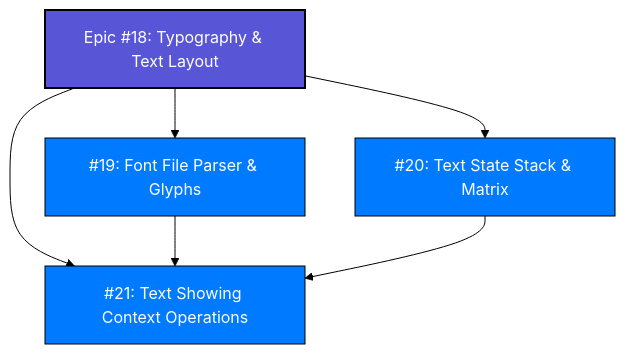
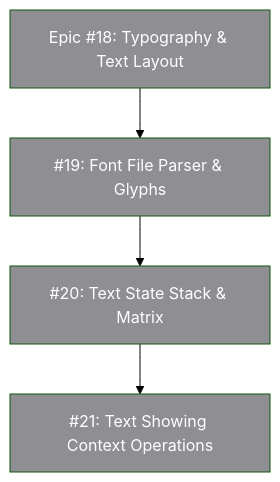
One commit to SlayerMotion/PureDraw changed the fifth of 6 diagrams in README.md. Above: the diagram before and after it, drawn with Mermaid (forest theme). The commit also changed other lines of this file and 11 other files, not shown here.

First line of the commit message:
feat: implement graphics state properties and path containment checks

````diff
--- a/README.md
+++ b/README.md
@@ -200,16 +210,16 @@
 ```mermaid
-flowchart TD
-    Epic18["Epic #18: Typography & Text Layout"]:::epic --> I19["#19: Font File Parser & Glyphs"]:::issue
-    Epic18 --> I20["#20: Text State Stack & Matrix"]:::issue
-    Epic18 --> I21["#21: Text Showing Context Operations"]:::issue
-    
-    I19 --> I21
-    I20 --> I21
+flowchart TB
+    classDef done    fill:#34C759,color:#FFFFFF
+    classDef active  fill:#007AFF,color:#FFFFFF
+    classDef review  fill:#30B0C7,color:#FFFFFF
+    classDef next    fill:#5856D6,color:#FFFFFF
+    classDef partial fill:#FF9500,color:#FFFFFF
+    classDef todo    fill:#8E8E93,color:#FFFFFF
 
-    classDef epic fill:#5856d6,stroke:#000,color:#fff,stroke-width:2px;
-    classDef issue fill:#007aff,stroke:#000,color:#fff;
+    Epic18["Epic #18: Typography & Text Layout"]:::todo --> I19["#19: Font File Parser & Glyphs"]:::todo --> I20["#20: Text State Stack & Matrix"]:::todo --> I21["#21: Text Showing Context Operations"]:::todo
+
     click Epic18 href "https://github.com/mihaelamj/PureDraw/issues/18" "Epic #18"
     click I19 href "https://github.com/mihaelamj/PureDraw/issues/19" "Issue #19"
     click I20 href "https://github.com/mihaelamj/PureDraw/issues/20" "Issue #20"
     click I21 href "https://github.com/mihaelamj/PureDraw/issues/21" "Issue #21"
 ```
````
